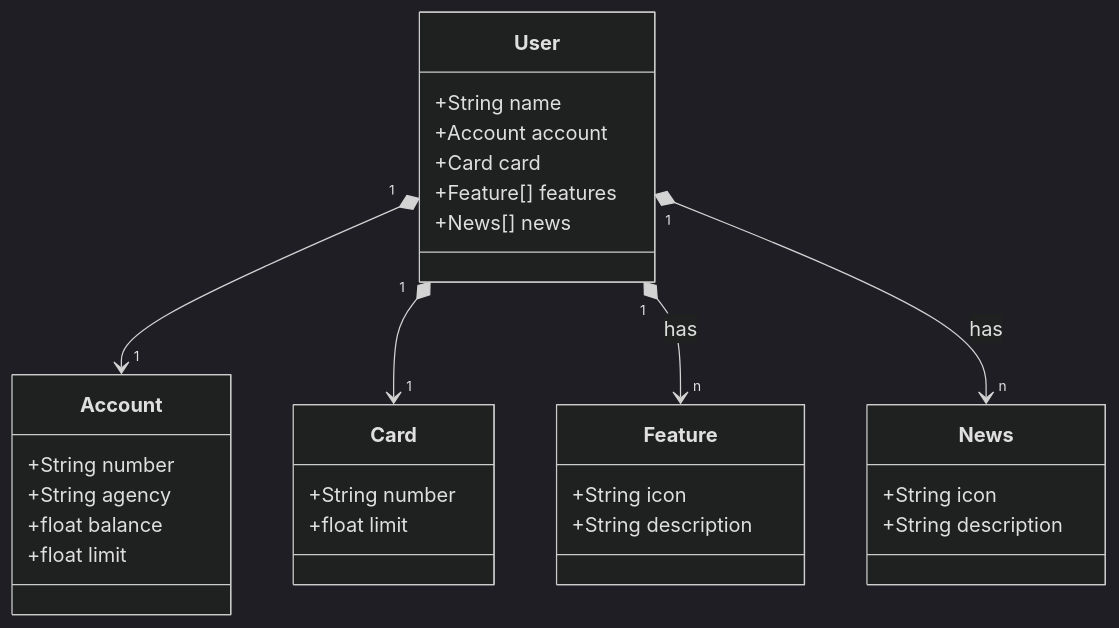
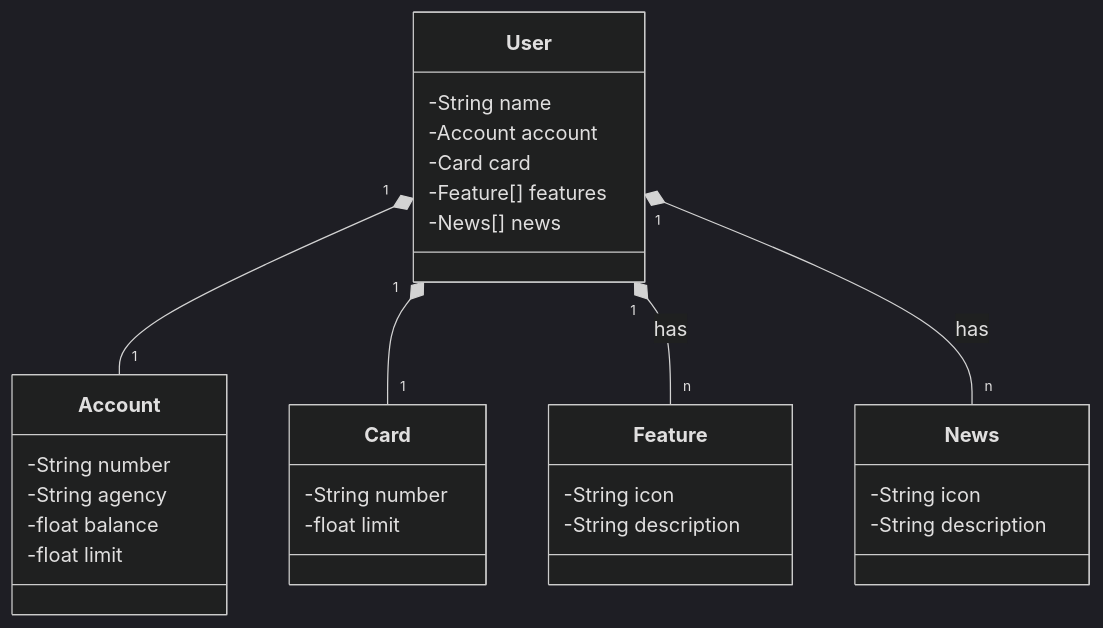
Before and after one commit to GabrielGalacci/decola-tech-2025: the diagram in README.md, drawn with Mermaid (dark theme). The commit also changed 9 other files, not shown here.

````diff
--- a/README.md
+++ b/README.md
@@ -6,38 +6,38 @@
 ```mermaid
 
 classDiagram
     class User {
-        +String name
-        +Account account
-        +Card card
-        +Feature[] features
-        +News[] news
+        -String name
+        -Account account
+        -Card card
+        -Feature[] features
+        -News[] news
     }
 
     class Account {
-        +String number
-        +String agency
-        +float balance
-        +float limit
+        -String number
+        -String agency
+        -float balance
+        -float limit
     }
 
     class Card {
-        +String number
-        +float limit
+        -String number
+        -float limit
     }
 
     class Feature {
-        +String icon
-        +String description
+        -String icon
+        -String description
     }
 
     class News {
-        +String icon
-        +String description
+        -String icon
+        -String description
     }
 
-    User "1" *--> "1" Account
-    User "1" *--> "1" Card
-    User "1" *--> "n" Feature : has
-    User "1" *--> "n" News : has
+    User "1" *-- "1" Account
+    User "1" *-- "1" Card
+    User "1" *-- "n" Feature : has
+    User "1" *-- "n" News : has
 ```
````
